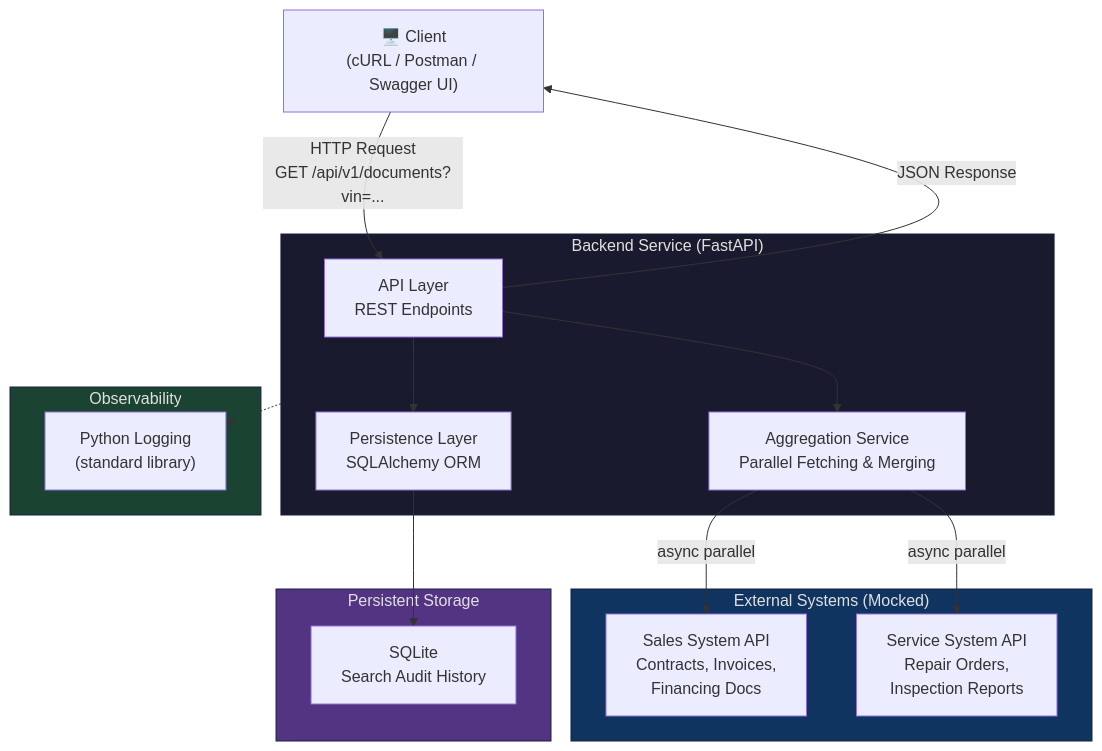
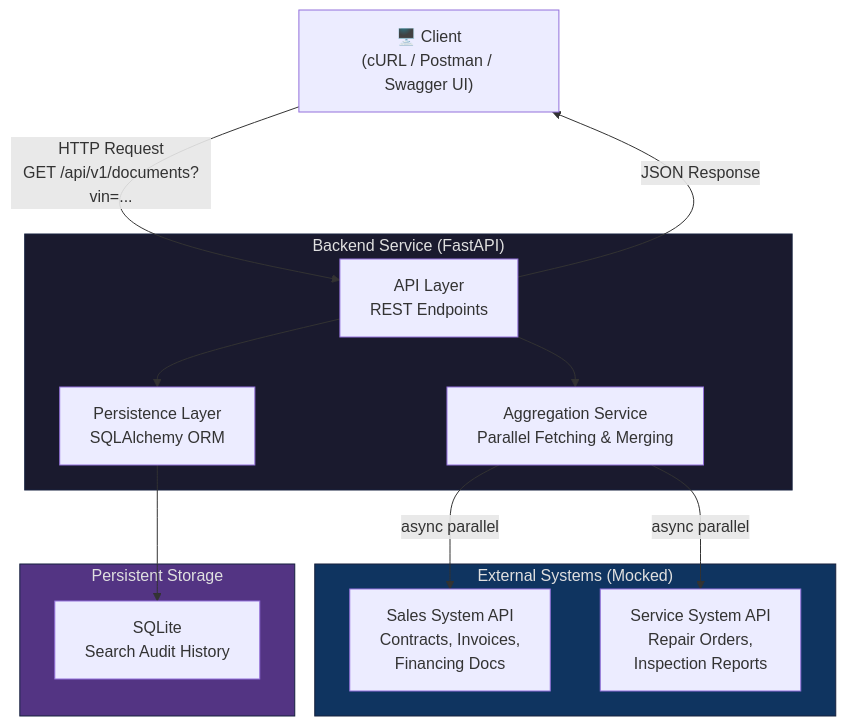
The first of 4 diagrams in docs/SYSTEM_DESIGN.md (Hodnduy/unified-document-viewer), drawn with Mermaid before and after one commit. The commit also changed other lines of this file and 4 other files, not shown here.

````diff
--- a/docs/SYSTEM_DESIGN.md
+++ b/docs/SYSTEM_DESIGN.md
@@ -46,38 +45,31 @@
 ```mermaid
 graph TB
     Client["🖥️ Client<br/>(cURL / Postman / Swagger UI)"]
 
     subgraph Backend["Backend Service (FastAPI)"]
         API["API Layer<br/>REST Endpoints"]
         AGG["Aggregation Service<br/>Parallel Fetching & Merging"]
         DB["Persistence Layer<br/>SQLAlchemy ORM"]
     end
 
     subgraph External["External Systems (Mocked)"]
         SALES["Sales System API<br/>Contracts, Invoices,<br/>Financing Docs"]
         SERVICE["Service System API<br/>Repair Orders,<br/>Inspection Reports"]
     end
 
     subgraph Storage["Persistent Storage"]
         SQLITE["SQLite<br/>Search Audit History"]
     end
 
-    subgraph Observability["Observability"]
-        LOG["Python Logging<br/>(standard library)"]
-    end
-
     Client -->|"HTTP Request<br/>GET /api/v1/documents?vin=..."| API
     API --> AGG
     AGG -->|"async parallel"| SALES
     AGG -->|"async parallel"| SERVICE
     API --> DB
     DB --> SQLITE
     API -->|"JSON Response"| Client
 
-    Backend -.-> LOG
-
     style Backend fill:#1a1a2e,stroke:#16213e,color:#e0e0e0
     style External fill:#0f3460,stroke:#16213e,color:#e0e0e0
     style Storage fill:#533483,stroke:#16213e,color:#e0e0e0
-    style Observability fill:#1b4332,stroke:#16213e,color:#e0e0e0
 ```
````
